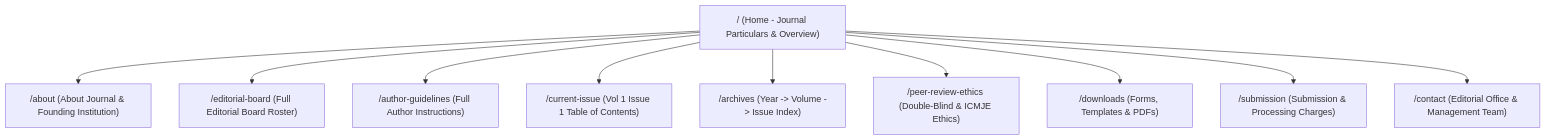
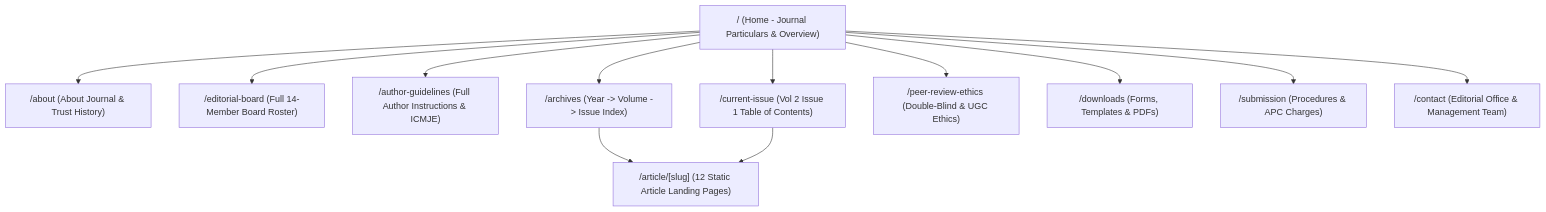
One commit to itdept-JMN/jmn-journal changed the diagram in docs/SYSTEM_ARCHITECTURE.md. Above: the diagram before and after it, drawn with Mermaid. The commit also changed other lines of this file and 6 other files, not shown here.

Commit message:
docs: comprehensive update of project README, system architecture, ISSN checklist, and development logs

````diff
--- a/docs/SYSTEM_ARCHITECTURE.md
+++ b/docs/SYSTEM_ARCHITECTURE.md
@@ -14,23 +27,26 @@
 ```mermaid
 graph TD
     Root["/ (Home - Journal Particulars & Overview)"]
-    About["/about (About Journal & Founding Institution)"]
-    Board["/editorial-board (Full Editorial Board Roster)"]
-    Guidelines["/author-guidelines (Full Author Instructions)"]
-    Current["/current-issue (Vol 1 Issue 1 Table of Contents)"]
+    About["/about (About Journal & Trust History)"]
+    Board["/editorial-board (Full 14-Member Board Roster)"]
+    Guidelines["/author-guidelines (Full Author Instructions & ICMJE)"]
+    Current["/current-issue (Vol 2 Issue 1 Table of Contents)"]
     Archives["/archives (Year -> Volume -> Issue Index)"]
-    Ethics["/peer-review-ethics (Double-Blind & ICMJE Ethics)"]
+    Article["/article/[slug] (12 Static Article Landing Pages)"]
+    Ethics["/peer-review-ethics (Double-Blind & UGC Ethics)"]
     Downloads["/downloads (Forms, Templates & PDFs)"]
-    Submission["/submission (Submission & Processing Charges)"]
+    Submission["/submission (Procedures & APC Charges)"]
     Contact["/contact (Editorial Office & Management Team)"]
 
     Root --> About
     Root --> Board
     Root --> Guidelines
     Root --> Current
     Root --> Archives
     Root --> Ethics
     Root --> Downloads
     Root --> Submission
     Root --> Contact
+    Archives --> Article
+    Current --> Article
 ```
````
